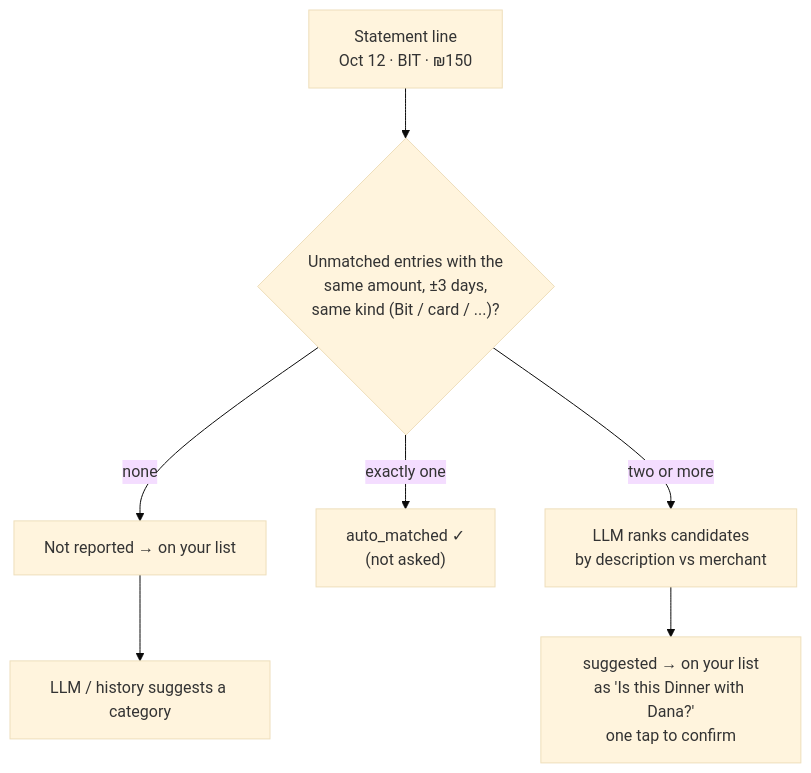
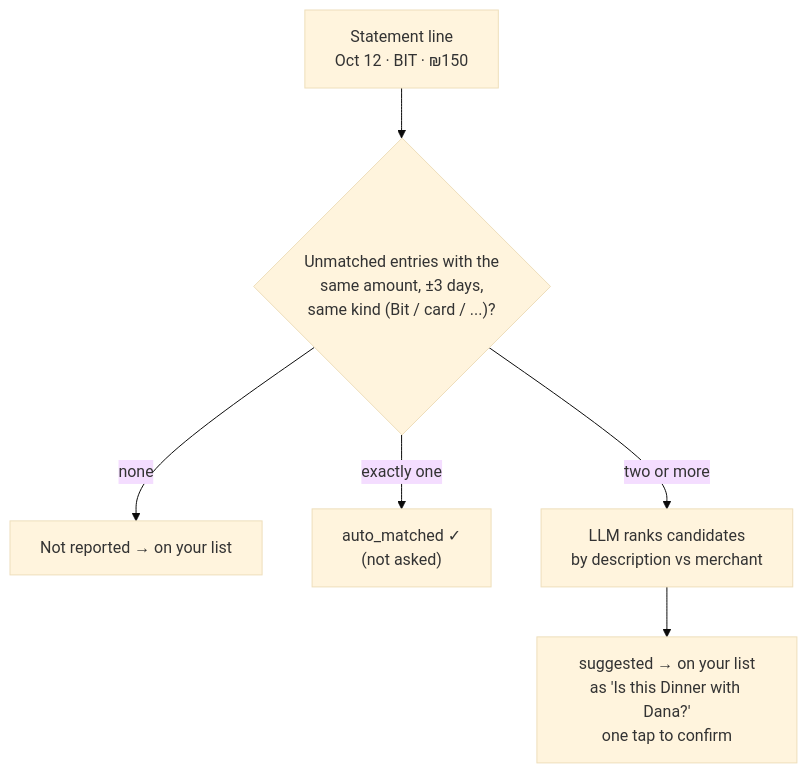
The fifth of 7 diagrams in docs/plans/finance/README.md (LidorElmakaies/personal-copilot), drawn with Mermaid (base theme) before and after one commit. The commit also changed other lines of this file and 27 other files, not shown here.

````diff
--- a/docs/plans/finance/README.md
+++ b/docs/plans/finance/README.md
@@ -183,9 +183,8 @@
 ```mermaid
 flowchart TD
   A["Statement line<br/>Oct 12 · BIT · ₪150"] --> B{"Unmatched entries with the<br/>same amount, ±3 days,<br/>same kind (Bit / card / ...)?"}
   B -- "none" --> ASK["Not reported → on your list"]
   B -- "exactly one" --> AUTO["auto_matched ✓<br/>(not asked)"]
   B -- "two or more" --> LLM["LLM ranks candidates<br/>by description vs merchant"]
   LLM --> SUG["suggested → on your list<br/>as 'Is this Dinner with Dana?'<br/>one tap to confirm"]
-  ASK --> CAT["LLM / history suggests a category"]
 ```
````
